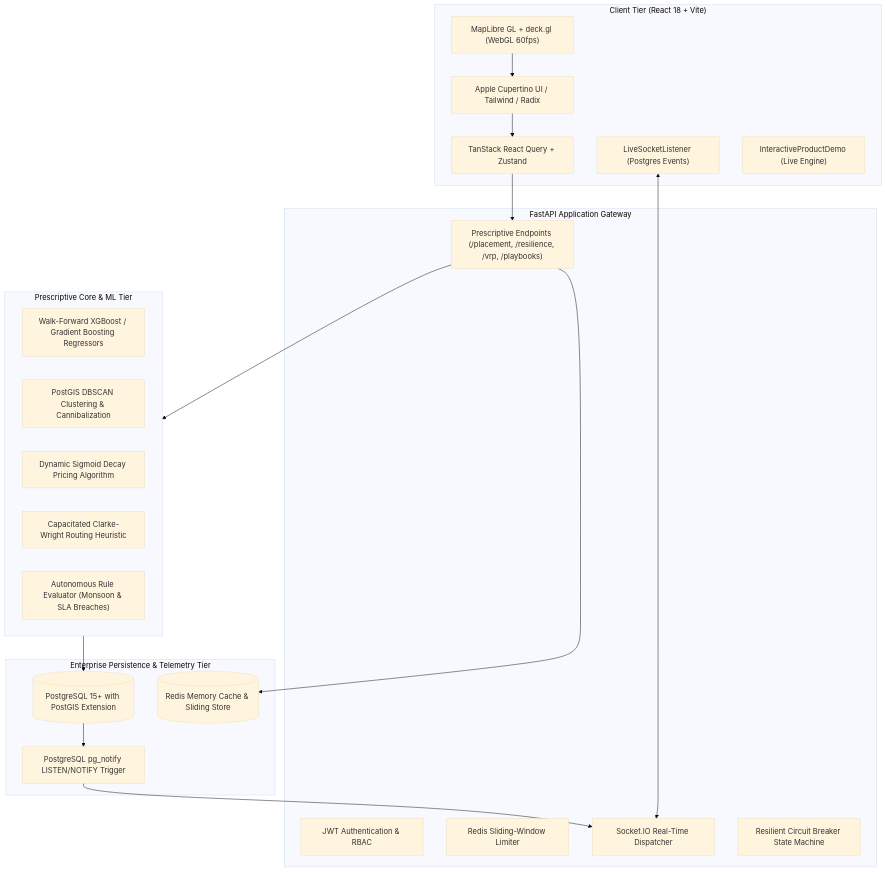
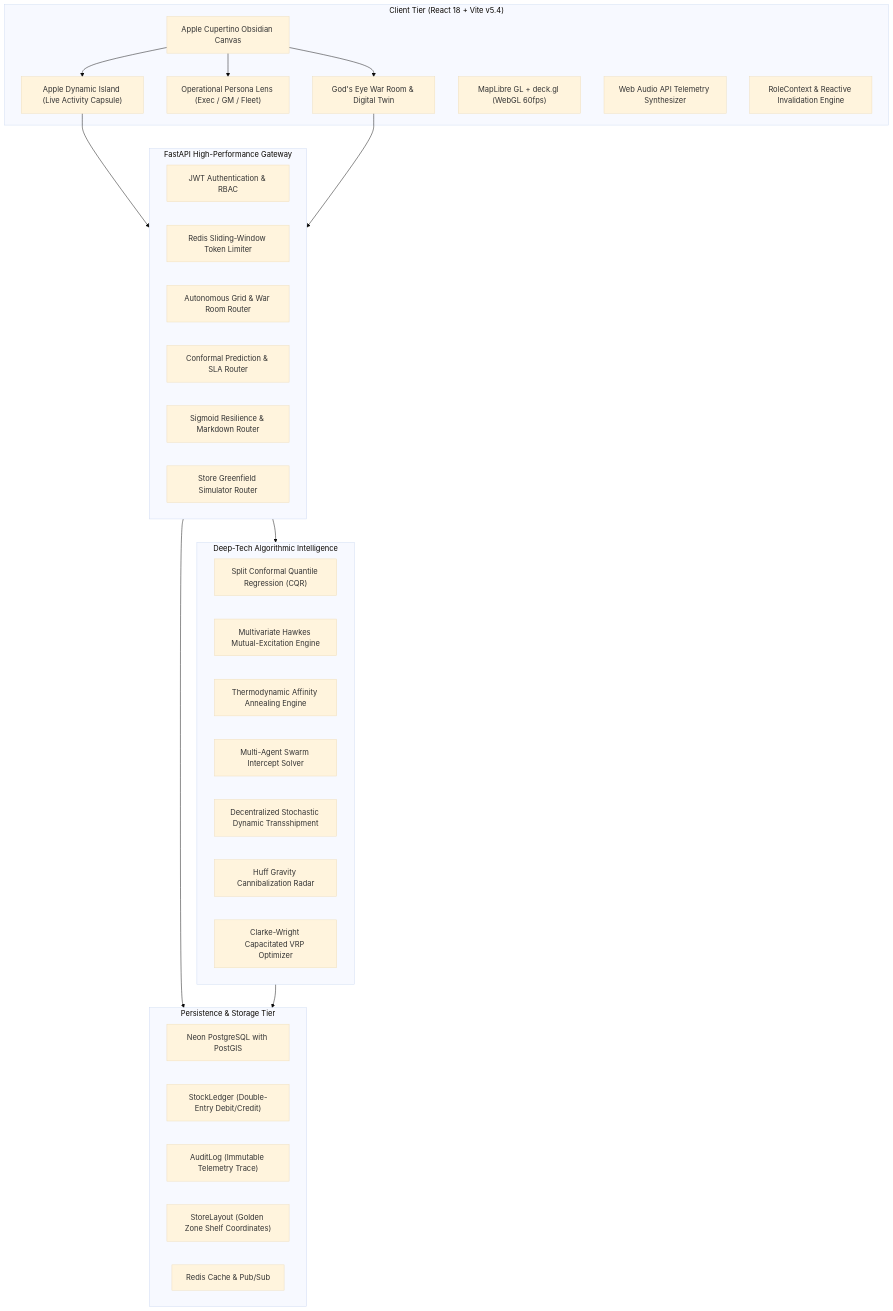
Before and after one commit to AadityaUniyal/Darkstori: the diagram in README.md, drawn with Mermaid (base theme). The commit also changed other lines of this file, not shown here.

Commit message:
docs: overhaul README to FAANG/Staff-tier showcase: Level 4 Autonomous Grid, Conformal Prediction, Hawkes process, Apple HIG suite, and benchmark proof

````diff
--- a/README.md
+++ b/README.md
@@ -48,42 +71,48 @@
 ```mermaid
 graph TD
-    subgraph Client ["Client Tier (React 18 + Vite)"]
-        UI["Apple Cupertino UI / Tailwind / Radix"]
+    subgraph Client ["Client Tier (React 18 + Vite v5.4)"]
+        UI["Apple Cupertino Obsidian Canvas"]
+        DynamicIsland["Apple Dynamic Island (Live Activity Capsule)"]
+        PersonaLens["Operational Persona Lens (Exec / GM / Fleet)"]
+        WarRoom["God's Eye War Room & Digital Twin"]
         MapEngine["MapLibre GL + deck.gl (WebGL 60fps)"]
-        State["TanStack React Query + Zustand"]
-        SocketListener["LiveSocketListener (Postgres Events)"]
-        InteractiveTour["InteractiveProductDemo (Live Engine)"]
+        AudioSynth["Web Audio API Telemetry Synthesizer"]
+        RoleContext["RoleContext & Reactive Invalidation Engine"]
     end
 
-    subgraph API ["FastAPI Application Gateway"]
+    subgraph API ["FastAPI High-Performance Gateway"]
         AuthMiddleware["JWT Authentication & RBAC"]
-        RateLimiter["Redis Sliding-Window Limiter"]
-        Routers["Prescriptive Endpoints (/placement, /resilience, /vrp, /playbooks)"]
-        SocketServer["Socket.IO Real-Time Dispatcher"]
-        CircuitBreaker["Resilient Circuit Breaker State Machine"]
+        RateLimiter["Redis Sliding-Window Token Limiter"]
+        AutonomousGrid["Autonomous Grid & War Room Router"]
+        SLARouter["Conformal Prediction & SLA Router"]
+        ResilienceRouter["Sigmoid Resilience & Markdown Router"]
+        SimulatorRouter["Store Greenfield Simulator Router"]
     end
 
-    subgraph Intelligence ["Prescriptive Core & ML Tier"]
-        Forecasting["Walk-Forward XGBoost / Gradient Boosting Regressors"]
-        SpatialEngine["PostGIS DBSCAN Clustering & Cannibalization"]
-        MarkdownEngine["Dynamic Sigmoid Decay Pricing Algorithm"]
-        VRPOptimizer["Capacitated Clarke-Wright Routing Heuristic"]
-        PlaybookEngine["Autonomous Rule Evaluator (Monsoon & SLA Breaches)"]
+    subgraph DeepTech ["Deep-Tech Algorithmic Intelligence"]
+        Conformal["Split Conformal Quantile Regression (CQR)"]
+        Hawkes["Multivariate Hawkes Mutual-Excitation Engine"]
+        Slotting["Thermodynamic Affinity Annealing Engine"]
+        Swarm["Multi-Agent Swarm Intercept Solver"]
+        GridFlow["Decentralized Stochastic Dynamic Transshipment"]
+        HuffModel["Huff Gravity Cannibalization Radar"]
+        ClarkeWright["Clarke-Wright Capacitated VRP Optimizer"]
     end
 
-    subgraph Storage ["Enterprise Persistence & Telemetry Tier"]
-        Postgres[("PostgreSQL 15+ with PostGIS Extension")]
-        EventNotify["PostgreSQL pg_notify LISTEN/NOTIFY Trigger"]
-        RedisCache[("Redis Memory Cache & Sliding Store")]
+    subgraph DataTier ["Persistence & Storage Tier"]
+        Postgres["Neon PostgreSQL with PostGIS"]
+        StockLedger["StockLedger (Double-Entry Debit/Credit)"]
+        AuditLog["AuditLog (Immutable Telemetry Trace)"]
+        StoreLayout["StoreLayout (Golden Zone Shelf Coordinates)"]
+        Redis["Redis Cache & Pub/Sub"]
     end
 
-    UI --> State
-    State --> Routers
-    SocketListener <--> SocketServer
-    EventNotify --> SocketServer
-    Routers --> Intelligence
-    Intelligence --> Postgres
-    Postgres --> EventNotify
-    Routers --> RedisCache
-    MapEngine --> UI
+    UI --> DynamicIsland
+    UI --> WarRoom
+    UI --> PersonaLens
+    DynamicIsland --> API
+    WarRoom --> API
+    API --> DeepTech
+    API --> DataTier
+    DeepTech --> DataTier
 ```
````
